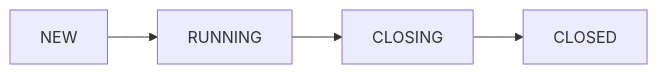
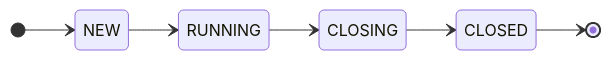
The first of 5 diagrams in README.md (eloylp/goomerang), drawn with Mermaid before and after one commit. The commit also changed other lines of this file and 2 other files, not shown here.

````diff
--- a/README.md
+++ b/README.md
@@ -29,4 +29,9 @@
 ```mermaid
-graph LR;
-NEW-->RUNNING-->CLOSING-->CLOSED;
+stateDiagram-v2
+ direction LR
+ [*] --> NEW
+ NEW --> RUNNING
+ RUNNING --> CLOSING
+ CLOSING --> CLOSED  
+ CLOSED --> [*]
 ```
````
